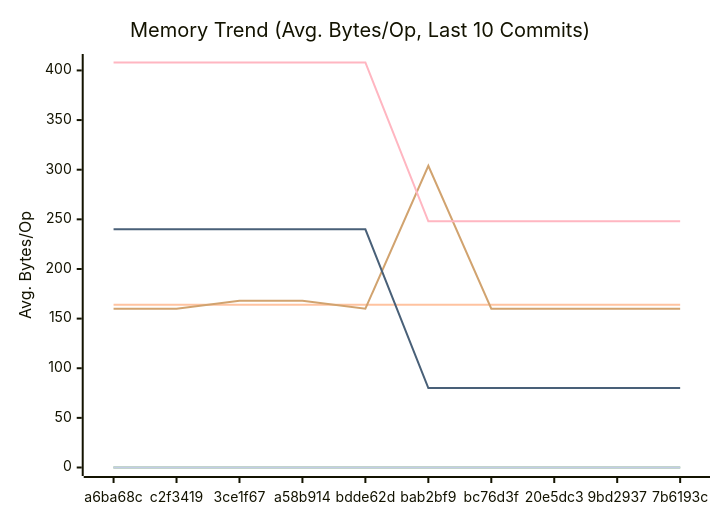
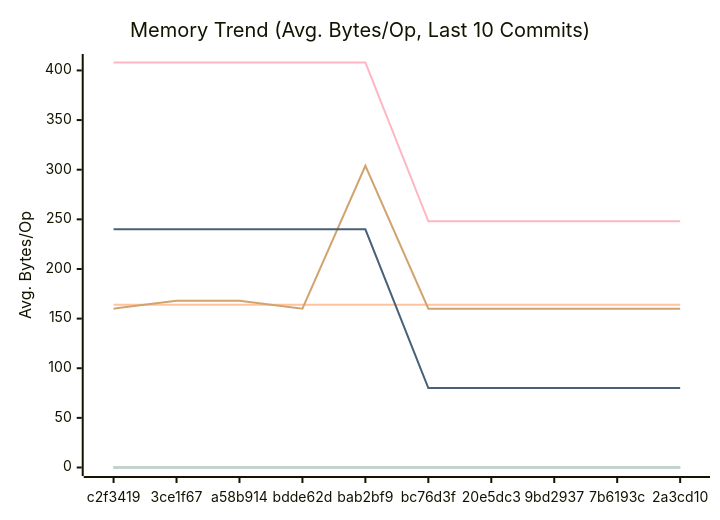
Before and after one commit to alsotoes/momo: the second of 3 diagrams in docs/PERFORMANCE.md, drawn with Mermaid. The commit also changed other lines of this file and 2 other files, not shown here.

````diff
--- a/docs/PERFORMANCE.md
+++ b/docs/PERFORMANCE.md
@@ -97,16 +97,16 @@
 ```mermaid
 xychart-beta
     title "Memory Trend (Avg. Bytes/Op, Last 10 Commits)"
     x-axis "Commit"
     y-axis "Avg. Bytes/Op"
-    x-axis [a6ba68c,c2f3419,3ce1f67,a58b914,bdde62d,bab2bf9,bc76d3f,20e5dc3,9bd2937,7b6193c]
+    x-axis [c2f3419,3ce1f67,a58b914,bdde62d,bab2bf9,bc76d3f,20e5dc3,9bd2937,7b6193c,2a3cd10]
     line "CheckMetricsAndSwap" [0,0,0,0,0,0,0,0,0,0]
     line "CrushOptimized" [0,0,0,0,0,0,0,0,0,0]
     line "CrushOriginal" [164,164,164,164,164,164,164,164,164,164]
     line "IndexDirectTracking" [0,0,0,0,0,0,0,0,0,0]
     line "IndexSearch" [0,0,0,0,0,0,0,0,0,0]
-    line "LoadGlobalConfig" [160,160,168,168,160,304,160,160,160,160]
+    line "LoadGlobalConfig" [160,168,168,160,304,160,160,160,160,160]
     line "PadString" [0,0,0,0,0,0,0,0,0,0]
     line "ParseReplicationOrder_NoPrealloc" [408,408,408,408,408,248,248,248,248,248]
     line "ParseReplicationOrder_Prealloc" [240,240,240,240,240,80,80,80,80,80]
 ```
````
